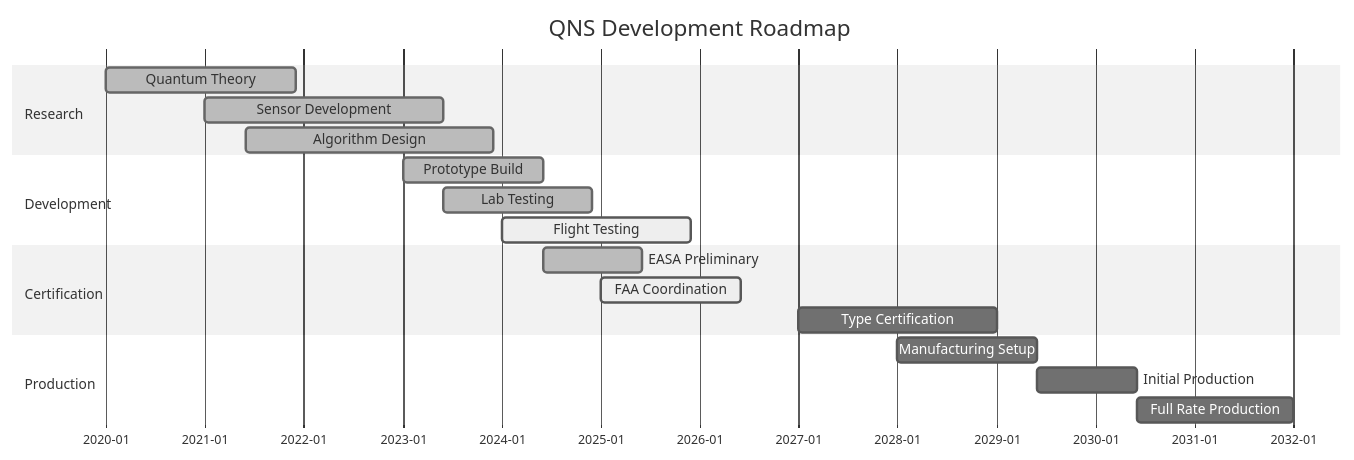
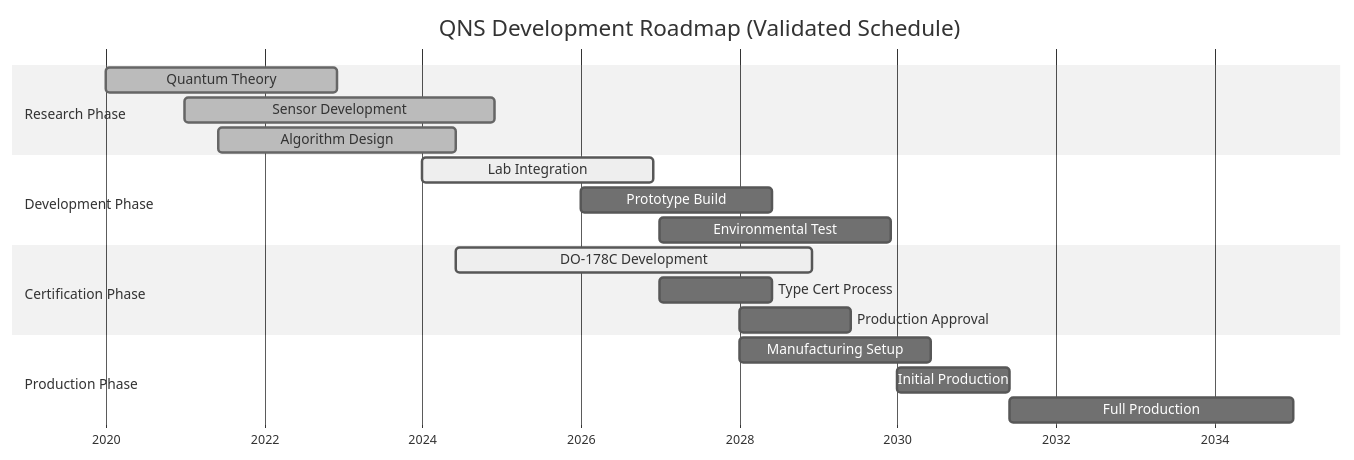
One commit to Robbbo-T/A-Q-U-A_V changed diagram 12 of 33 in PRODUCT_LINES/QUANTUM/QUANTUM_SOFTWARE/DESIGN/QNS_NAVIGATION/DES_SOFTWARE_DEV/QUA-QNS01-25SVD0001-DES-BOB-ORG-TD-ATA-000-00-01-TPL-DOC-001-QCOM-v1.1.0 .md. Above: the diagram before and after it, drawn with Mermaid (neutral theme). The commit also changed other lines of this file, not shown here.

Commit message:
Update QUA-QNS01-25SVD0001-DES-BOB-ORG-TD-ATA-000-00-01-TPL-DOC-001-QCOM-v1.1.0 .md

````diff
--- a/PRODUCT_LINES/QUANTUM/QUANTUM_SOFTWARE/DESIGN/QNS_NAVIGATION/DES_SOFTWARE_DEV/QUA-QNS01-25SVD0001-DES-BOB-ORG-TD-ATA-000-00-01-TPL-DOC-001-QCOM-v1.1.0 .md
+++ b/PRODUCT_LINES/QUANTUM/QUANTUM_SOFTWARE/DESIGN/QNS_NAVIGATION/DES_SOFTWARE_DEV/QUA-QNS01-25SVD0001-DES-BOB-ORG-TD-ATA-000-00-01-TPL-DOC-001-QCOM-v1.1.0 .md
@@ -711,26 +462,26 @@
 ```mermaid
 gantt
-    title QNS Development Roadmap
+    title QNS Development Roadmap (Validated Schedule)
     dateFormat  YYYY-MM
-    axisFormat  %Y-%m
+    axisFormat  %Y
     
-    section Research
-    Quantum Theory      :done, theory, 2020-01, 2021-12
-    Sensor Development  :done, sensor, 2021-01, 2023-06
-    Algorithm Design    :done, algo, 2021-06, 2023-12
+    section Research Phase
+    Quantum Theory      :done, theory, 2020-01, 2022-12
+    Sensor Development  :done, sensor, 2021-01, 2024-12
+    Algorithm Design    :done, algo, 2021-06, 2024-06
     
-    section Development
-    Prototype Build     :done, proto, 2023-01, 2024-06
-    Lab Testing         :done, lab, 2023-06, 2024-12
-    Flight Testing      :active, flight, 2024-01, 2025-12
+    section Development Phase
+    Lab Integration     :active, lab, 2024-01, 2026-12
+    Prototype Build     :proto, 2026-01, 2028-06
+    Environmental Test  :env, 2027-01, 2029-12
     
-    section Certification
-    EASA Preliminary    :done, easa1, 2024-06, 2025-06
-    FAA Coordination    :active, faa, 2025-01, 2026-06
-    Type Certification  :tc, 2027-01, 2029-01
+    section Certification Phase
+    DO-178C Development :active, do178, 2024-06, 2028-12
+    Type Cert Process   :tc, 2027-01, 2028-06
+    Production Approval :prod, 2028-01, 2029-06
     
-    section Production
-    Manufacturing Setup :mfg, 2028-01, 2029-06
-    Initial Production  :prod, 2029-06, 2030-06
-    Full Rate Production:frp, 2030-06, 2032-01
+    section Production Phase
+    Manufacturing Setup :mfg, 2028-01, 2030-06
+    Initial Production  :iprod, 2030-01, 2031-06
+    Full Production     :fprod, 2031-06, 2035-01
 ```
````
